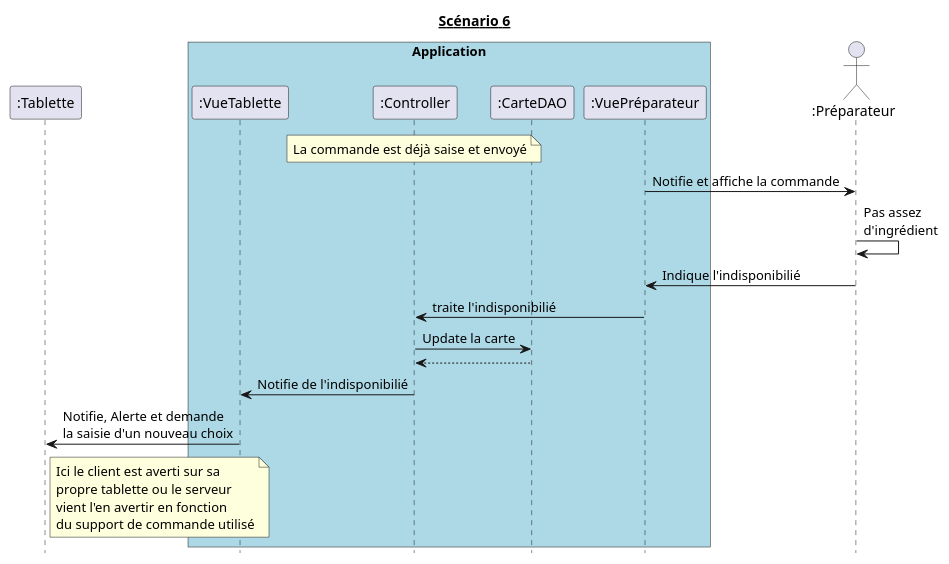
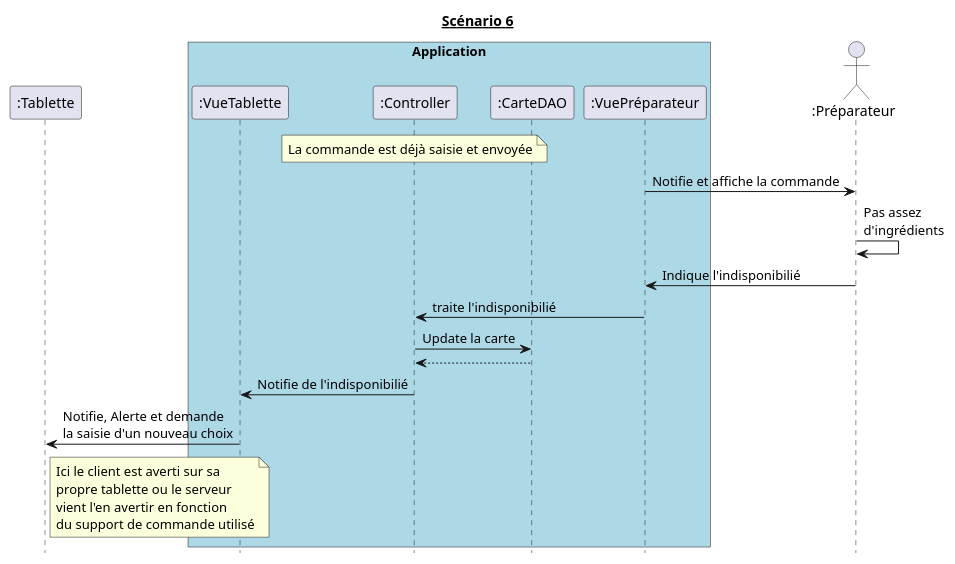
One commit to hulskenA/GL-Les_seigneurs_du_resto changed the diagram in diagrammes_sequences_detailles/dss6.md. Above: the diagram before and after it, drawn with PlantUML.

````diff
--- a/diagrammes_sequences_detailles/dss6.md
+++ b/diagrammes_sequences_detailles/dss6.md
@@ -1,41 +1,41 @@
 ```puml
 @startuml
 hide footbox
 title __Scénario 6__
 
 participant ":Tablette" as Tablette order 10
 actor ":Préparateur" as Préparateur order 60
 
 box "Application" #Lightblue
   participant ":VueTablette" as VueTablette order 20
   participant ":Controller" as Controller order 30
   participant ":CarteDAO" as CarteDAO order 40
   participant ":VuePréparateur" as VuePréparateur order 50
 endbox
 
 note over Controller
-  La commande est déjà saise et envoyé
+  La commande est déjà saisie et envoyée
 end note
 
 VuePréparateur -> Préparateur : Notifie et affiche la commande
-Préparateur -> Préparateur : Pas assez\nd'ingrédient
+Préparateur -> Préparateur : Pas assez\nd'ingrédients
 Préparateur -> VuePréparateur : Indique l'indisponibilié
 
 VuePréparateur -> Controller : traite l'indisponibilié
 
 Controller -> CarteDAO : Update la carte
 Controller <-- CarteDAO
 
 Controller -> VueTablette : Notifie de l'indisponibilié
 
 Tablette <- VueTablette : Notifie, Alerte et demande\nla saisie d'un nouveau choix
 
 note right Tablette
   Ici le client est averti sur sa
   propre tablette ou le serveur
   vient l'en avertir en fonction
   du support de commande utilisé
 end note
 
 @enduml
 ```
````
